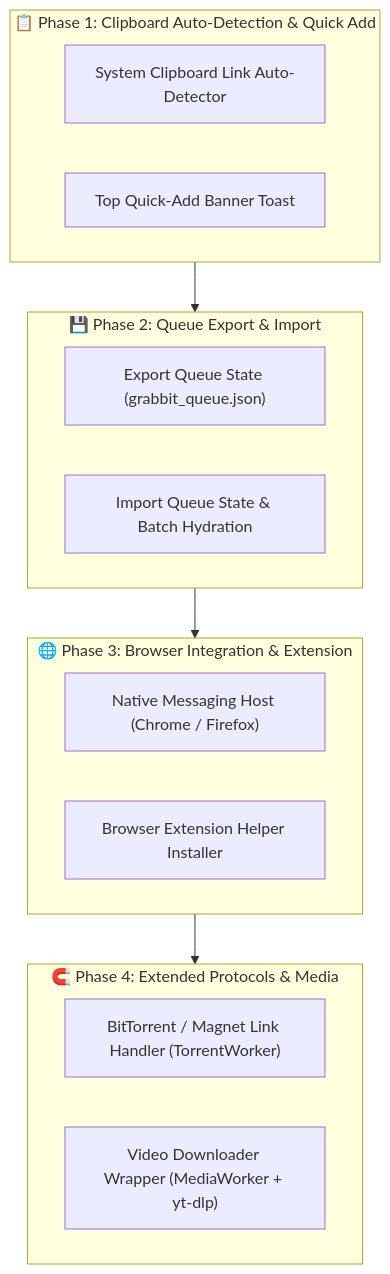
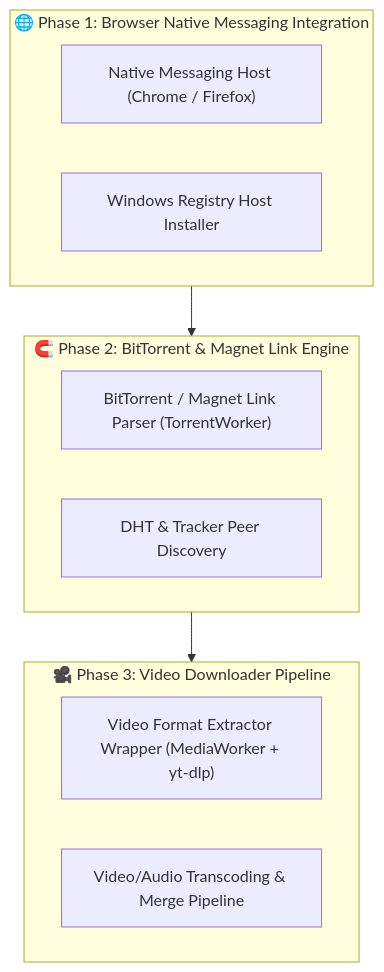
The diagram in implementation_plan.md (HawkdotDev/grabbit), drawn with Mermaid before and after one commit. The commit also changed other lines of this file, not shown here.

````diff
--- a/implementation_plan.md
+++ b/implementation_plan.md
@@ -9,26 +9,20 @@
 ```mermaid
 graph TB
-    subgraph Phase1["📋 Phase 1: Clipboard Auto-Detection & Quick Add"]
-        Clipboard["System Clipboard Link Auto-Detector"]
-        QuickAddBanner["Top Quick-Add Banner Toast"]
+    subgraph Phase1["🌐 Phase 1: Browser Native Messaging Integration"]
+        NMH["Native Messaging Host (Chrome / Firefox)"]
+        ExtensionInstaller["Windows Registry Host Installer"]
     end
 
-    subgraph Phase2["💾 Phase 2: Queue Export & Import"]
-        QueueExport["Export Queue State (grabbit_queue.json)"]
-        QueueImport["Import Queue State & Batch Hydration"]
+    subgraph Phase2["🧲 Phase 2: BitTorrent & Magnet Link Engine"]
+        MagnetWorker["BitTorrent / Magnet Link Parser (TorrentWorker)"]
+        TrackerDiscovery["DHT & Tracker Peer Discovery"]
     end
 
-    subgraph Phase3["🌐 Phase 3: Browser Integration & Extension"]
-        NMH["Native Messaging Host (Chrome / Firefox)"]
-        ExtensionInstaller["Browser Extension Helper Installer"]
-    end
-
-    subgraph Phase4["🧲 Phase 4: Extended Protocols & Media"]
-        MagnetWorker["BitTorrent / Magnet Link Handler (TorrentWorker)"]
-        YtDlpWorker["Video Downloader Wrapper (MediaWorker + yt-dlp)"]
+    subgraph Phase3["🎥 Phase 3: Video Downloader Pipeline"]
+        YtDlpWorker["Video Format Extractor Wrapper (MediaWorker + yt-dlp)"]
+        StreamPipeline["Video/Audio Transcoding & Merge Pipeline"]
     end
 
     Phase1 --> Phase2
     Phase2 --> Phase3
-    Phase3 --> Phase4
 ```
````
